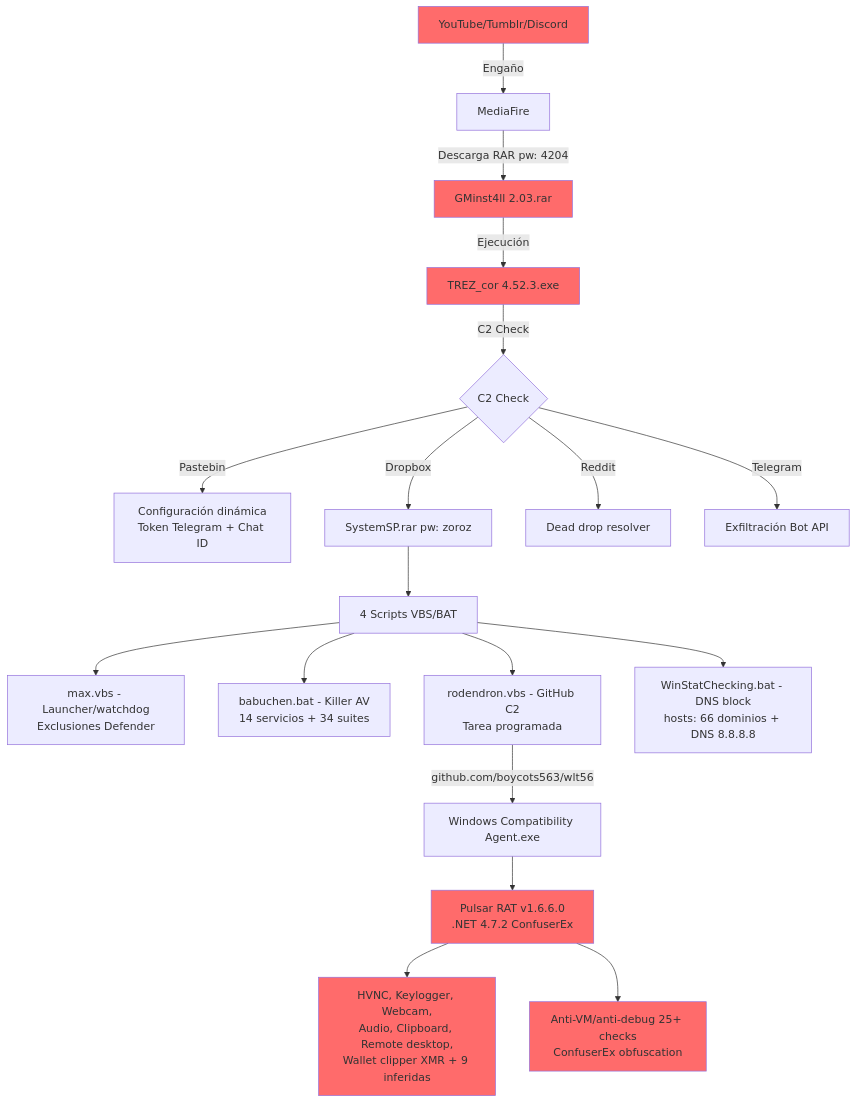
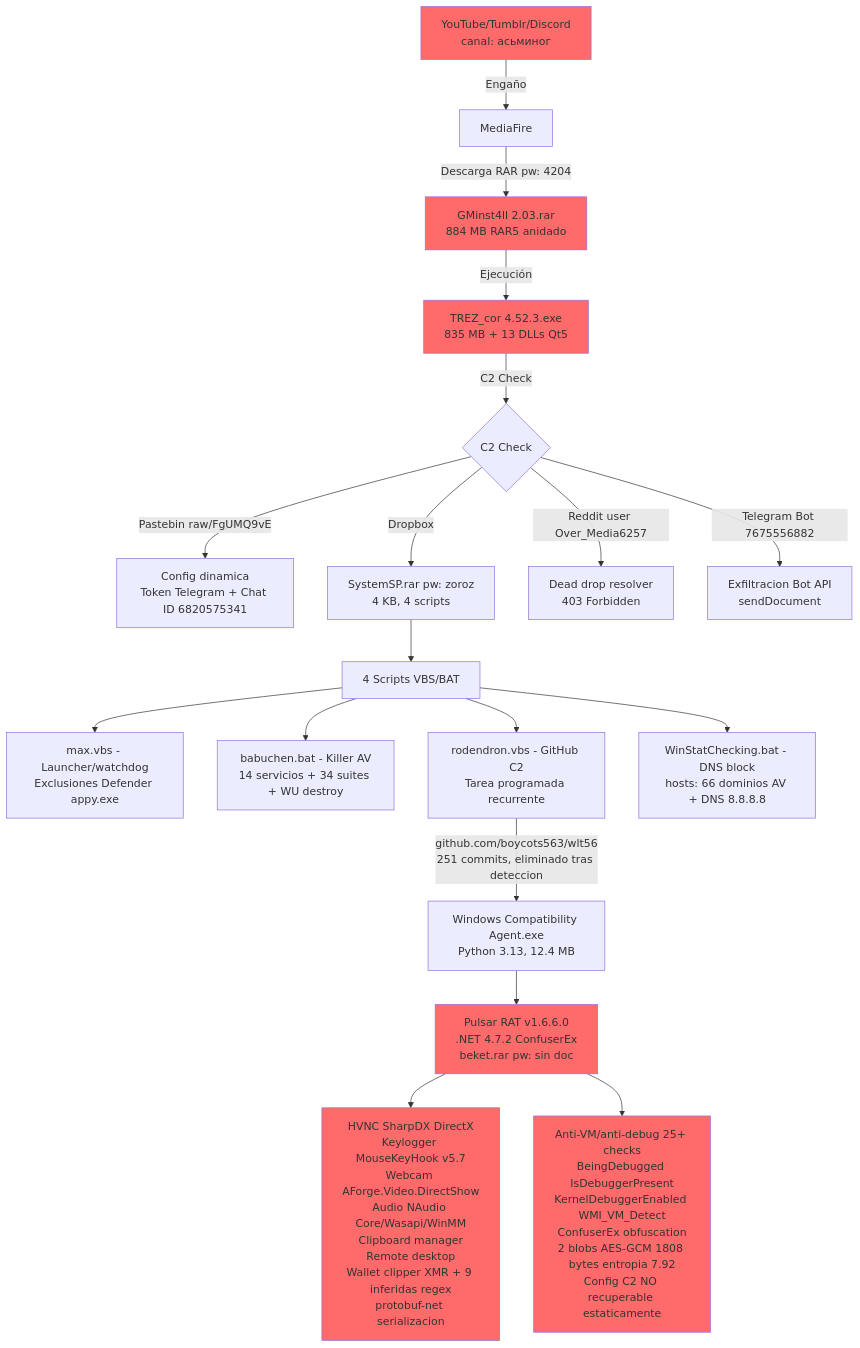
Before and after one commit to alesanfe/soar-ransomware-lab: diagram 11 of 12 in docs/thesis/appendix_f.md, drawn with Mermaid. The commit also changed other lines of this file, not shown here.

````diff
--- a/docs/thesis/appendix_f.md
+++ b/docs/thesis/appendix_f.md
@@ -548,26 +554,26 @@
 ```mermaid
 graph TD
- A[YouTube/Tumblr/Discord] -->|Engaño| B[MediaFire]
- B -->|Descarga RAR pw: 4204| C[GMinst4ll 2.03.rar]
- C -->|Ejecución| D[TREZ_cor 4.52.3.exe]
+ A[YouTube/Tumblr/Discord<br/>canal: асьминог] -->|Engaño| B[MediaFire]
+ B -->|Descarga RAR pw: 4204| C[GMinst4ll 2.03.rar<br/>884 MB RAR5 anidado]
+ C -->|Ejecución| D[TREZ_cor 4.52.3.exe<br/>835 MB + 13 DLLs Qt5]
  D -->|C2 Check| E{C2 Check}
- E -->|Pastebin| F[Configuración dinámica<br/>Token Telegram + Chat ID]
- E -->|Dropbox| G[SystemSP.rar pw: zoroz]
- E -->|Reddit| H[Dead drop resolver]
- E -->|Telegram| I[Exfiltración Bot API]
+ E -->|Pastebin raw/FgUMQ9vE| F[Config dinamica<br/>Token Telegram + Chat ID 6820575341]
+ E -->|Dropbox| G[SystemSP.rar pw: zoroz<br/>4 KB, 4 scripts]
+ E -->|Reddit user Over_Media6257| H[Dead drop resolver<br/>403 Forbidden]
+ E -->|Telegram Bot 7675556882| I[Exfiltracion Bot API<br/>sendDocument]
  G --> J[4 Scripts VBS/BAT]
- J --> K[max.vbs - Launcher/watchdog<br/>Exclusiones Defender]
- J --> L[babuchen.bat - Killer AV<br/>14 servicios + 34 suites]
- J --> M[rodendron.vbs - GitHub C2<br/>Tarea programada]
- J --> N[WinStatChecking.bat - DNS block<br/>hosts: 66 dominios + DNS 8.8.8.8]
- M -->|github.com/boycots563/wlt56| O[Windows Compatibility Agent.exe]
- O --> P[Pulsar RAT v1.6.6.0<br/>.NET 4.7.2 ConfuserEx]
- P --> Q[HVNC, Keylogger, Webcam,<br/>Audio, Clipboard, Remote desktop,<br/>Wallet clipper XMR + 9 inferidas]
- P --> R[Anti-VM/anti-debug 25+ checks<br/>ConfuserEx obfuscation]
+ J --> K[max.vbs - Launcher/watchdog<br/>Exclusiones Defender appy.exe]
+ J --> L[babuchen.bat - Killer AV<br/>14 servicios + 34 suites + WU destroy]
+ J --> M[rodendron.vbs - GitHub C2<br/>Tarea programada recurrente]
+ J --> N[WinStatChecking.bat - DNS block<br/>hosts: 66 dominios AV + DNS 8.8.8.8]
+ M -->|github.com/boycots563/wlt56<br/>251 commits, eliminado tras deteccion| O[Windows Compatibility Agent.exe<br/>Python 3.13, 12.4 MB]
+ O --> P[Pulsar RAT v1.6.6.0<br/>.NET 4.7.2 ConfuserEx<br/>beket.rar pw: sin doc]
+ P --> Q[HVNC SharpDX DirectX<br/>Keylogger MouseKeyHook v5.7<br/>Webcam AForge.Video.DirectShow<br/>Audio NAudio Core/Wasapi/WinMM<br/>Clipboard manager<br/>Remote desktop<br/>Wallet clipper XMR + 9 inferidas regex<br/>protobuf-net serializacion]
+ P --> R[Anti-VM/anti-debug 25+ checks<br/>BeingDebugged IsDebuggerPresent<br/>KernelDebuggerEnabled WMI_VM_Detect<br/>ConfuserEx obfuscation<br/>2 blobs AES-GCM 1808 bytes entropia 7.92<br/>Config C2 NO recuperable estaticamente]
  style A fill:#ff6b6b
  style C fill:#ff6b6b
  style D fill:#ff6b6b
  style P fill:#ff6b6b
  style Q fill:#ff6b6b
  style R fill:#ff6b6b
 ```
````
